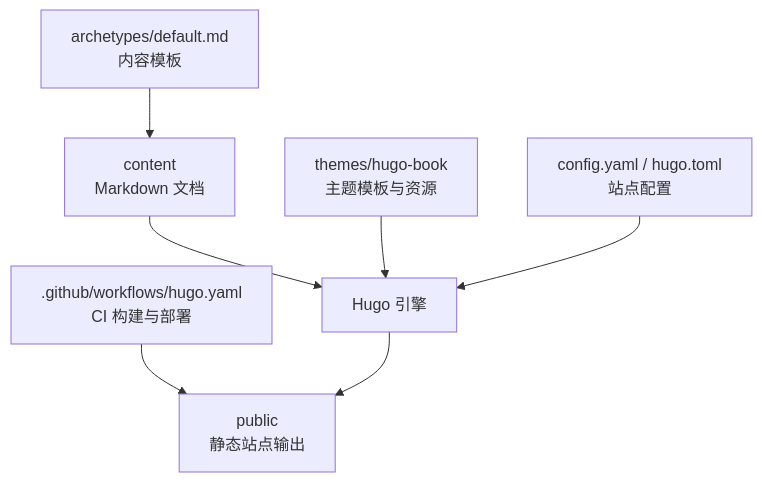
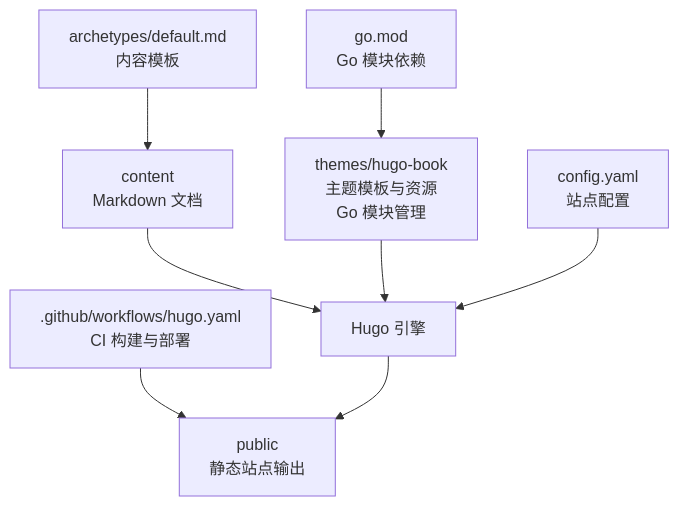
One commit to nianjiang/nianjiang.github.io changed the first of 3 diagrams in .qoder/repowiki/zh/content/贡献指南.md. Above: the diagram before and after it, drawn with Mermaid. The commit also changed other lines of this file and 176 other files, not shown here.

````diff
--- a/.qoder/repowiki/zh/content/贡献指南.md
+++ b/.qoder/repowiki/zh/content/贡献指南.md
@@ -39,9 +49,10 @@
 ```mermaid
 graph TB
 A["content<br/>Markdown 文档"] --> B["Hugo 引擎"]
-C["themes/hugo-book<br/>主题模板与资源"] --> B
+C["themes/hugo-book<br/>主题模板与资源<br/>Go 模块管理"] --> B
 D[".github/workflows/hugo.yaml<br/>CI 构建与部署"] --> E["public<br/>静态站点输出"]
-F["config.yaml / hugo.toml<br/>站点配置"] --> B
+F["config.yaml<br/>站点配置"] --> B
 G["archetypes/default.md<br/>内容模板"] --> A
+H["go.mod<br/>Go 模块依赖"] --> C
 B --> E
 ```
````
